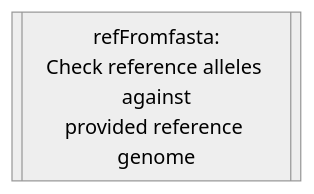
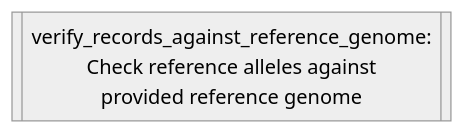
One commit to Tuks-ICMM/Pharmacogenetic-Analysis-Pipeline changed the tenth of 26 diagrams in docs/02-workflow/02-methodology-summary.md. Above: the diagram before and after it, drawn with Mermaid (neutral theme). The commit also changed other lines of this file and 2 other files, not shown here.

````diff
--- a/docs/02-workflow/02-methodology-summary.md
+++ b/docs/02-workflow/02-methodology-summary.md
@@ -446,4 +522,4 @@
   ```mermaid
   flowchart TD
-    refFromFasta[[refFromfasta:\nCheck reference alleles against\nprovided reference genome]]
+    verify_records_against_reference_genome[[verify_records_against_reference_genome:\nCheck reference alleles against\nprovided reference genome]]
   ```
````
